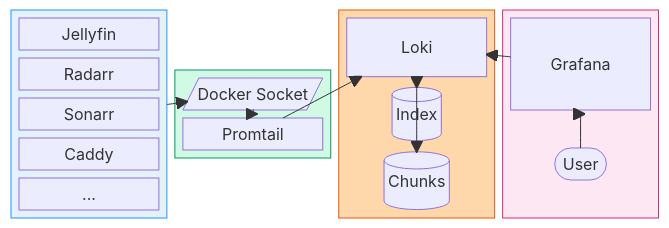
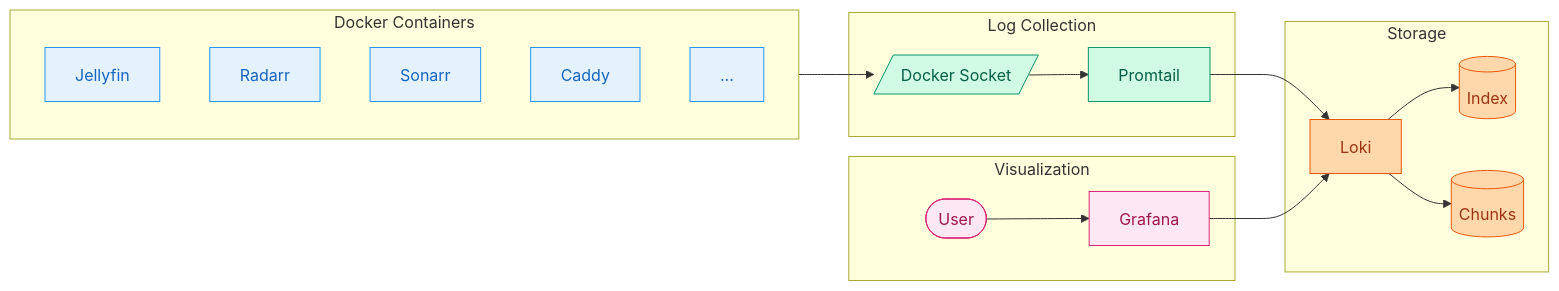
One commit to Mykyta-Home-Server/homeserver changed the first of 3 diagrams in docs-site/src/content/docs/guides/monitoring.mdx. Above: the diagram before and after it, drawn with Mermaid. The commit also changed other lines of this file and 2 other files, not shown here.

First line of the commit message:
Fix Mermaid diagrams: switch from block-beta to flowchart

````diff
--- a/docs-site/src/content/docs/guides/monitoring.mdx
+++ b/docs-site/src/content/docs/guides/monitoring.mdx
@@ -12,45 +12,44 @@
 ```mermaid
-block-beta
-    columns 4
-
-    block:containers:1
-        columns 1
-        c1["Jellyfin"]
-        c2["Radarr"]
-        c3["Sonarr"]
-        c4["Caddy"]
-        c5["..."]
+flowchart LR
+    subgraph Containers[Docker Containers]
+        C1[Jellyfin]
+        C2[Radarr]
+        C3[Sonarr]
+        C4[Caddy]
+        C5[...]
     end
 
-    block:collection:1
-        columns 1
-        sock[/"Docker Socket"/]
-        prom["Promtail"]
+    subgraph Collection[Log Collection]
+        Socket[/Docker Socket/]
+        Promtail[Promtail]
     end
 
-    block:storage:1
-        columns 1
-        loki["Loki"]
-        tsdb[("Index")]
-        fs[("Chunks")]
+    subgraph Storage[Storage]
+        Loki[Loki]
+        Index[(Index)]
+        Chunks[(Chunks)]
     end
 
-    block:viz:1
-        columns 1
-        graf["Grafana"]
-        user(["User"])
+    subgraph Viz[Visualization]
+        Grafana[Grafana]
+        User([User])
     end
 
-    containers --> sock
-    sock --> prom
-    prom --> loki
-    loki --> tsdb
-    loki --> fs
-    user --> graf
-    graf --> loki
+    Containers --> Socket
+    Socket --> Promtail
+    Promtail --> Loki
+    Loki --> Index
+    Loki --> Chunks
+    User --> Grafana
+    Grafana --> Loki
 
-    style containers fill:#e3f2fd,stroke:#2196f3
-    style collection fill:#d1fae5,stroke:#059669
-    style storage fill:#fed7aa,stroke:#ea580c
-    style viz fill:#fce7f3,stroke:#db2777
+    classDef containers fill:#e3f2fd,stroke:#2196f3,color:#1565c0
+    classDef collection fill:#d1fae5,stroke:#059669,color:#065f46
+    classDef storage fill:#fed7aa,stroke:#ea580c,color:#9a3412
+    classDef viz fill:#fce7f3,stroke:#db2777,color:#9d174d
+
+    class C1,C2,C3,C4,C5 containers
+    class Socket,Promtail collection
+    class Loki,Index,Chunks storage
+    class Grafana,User viz
 ```
````
